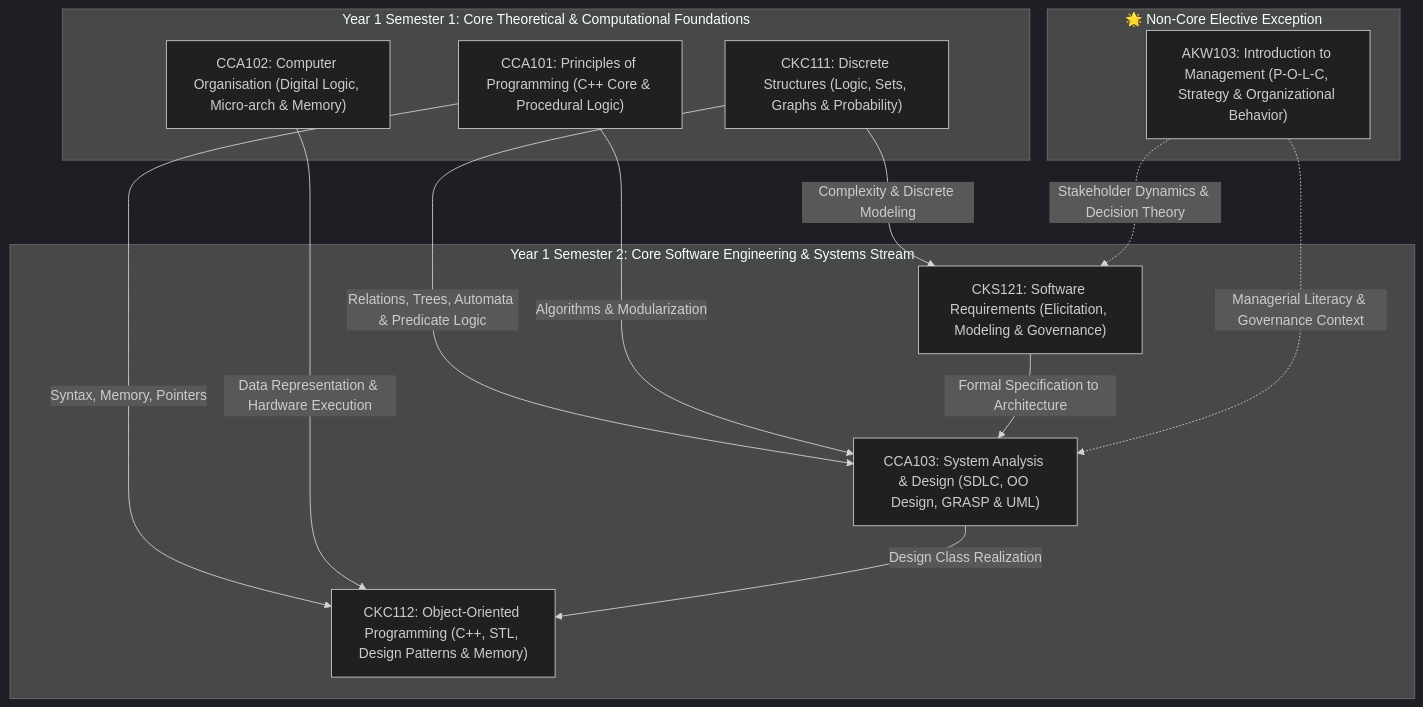
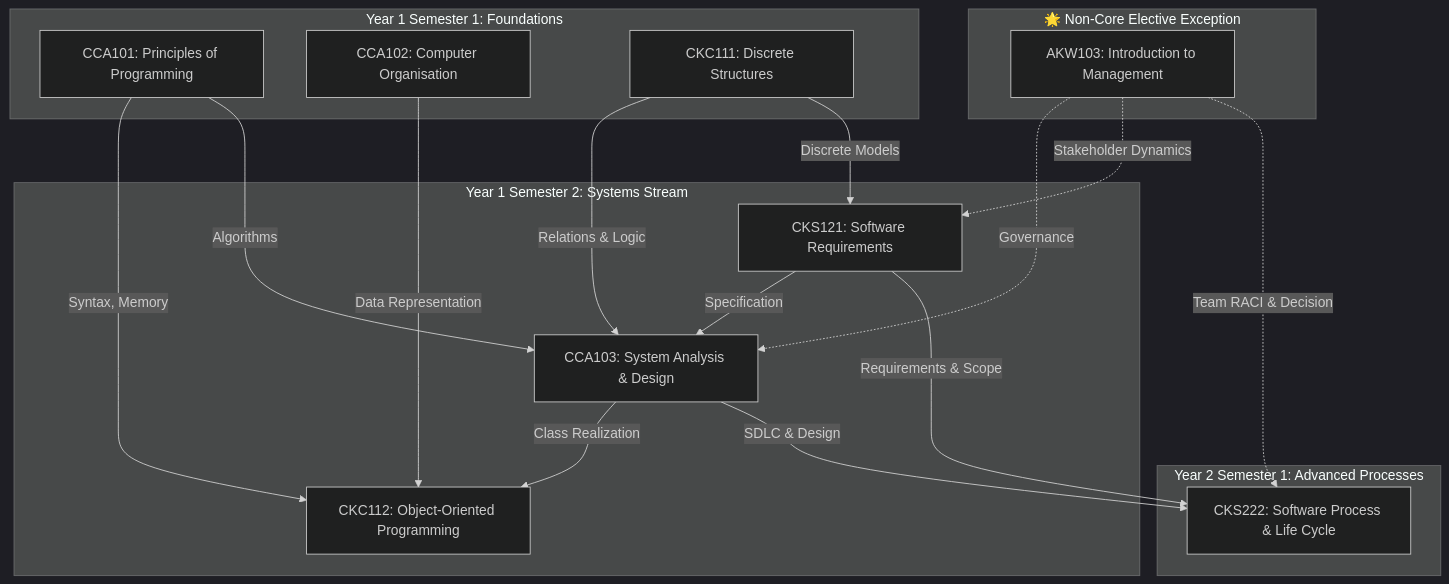
One commit to Fake1Doge/Obsidian-notes changed the first of 10 diagrams in knowledge.md. Above: the diagram before and after it, drawn with Mermaid (dark theme). The commit also changed other lines of this file and 5 other files, not shown here.

````diff
--- a/knowledge.md
+++ b/knowledge.md
@@ -41,28 +45,35 @@
 ```mermaid
 flowchart TD
-    subgraph Y1S1_Core ["Year 1 Semester 1: Core Theoretical & Computational Foundations"]
-        CCA101["CCA101: Principles of Programming (C++ Core & Procedural Logic)"]
-        CCA102["CCA102: Computer Organisation (Digital Logic, Micro-arch & Memory)"]
-        CKC111["CKC111: Discrete Structures (Logic, Sets, Graphs & Probability)"]
+    subgraph Y1S1_Core ["Year 1 Semester 1: Foundations"]
+        CCA101["CCA101: Principles of Programming"]
+        CCA102["CCA102: Computer Organisation"]
+        CKC111["CKC111: Discrete Structures"]
     end
 
-    subgraph Y1S2_Core ["Year 1 Semester 2: Core Software Engineering & Systems Stream"]
-        CKC112["CKC112: Object-Oriented Programming (C++, STL, Design Patterns & Memory)"]
-        CCA103["CCA103: System Analysis & Design (SDLC, OO Design, GRASP & UML)"]
-        CKS121["CKS121: Software Requirements (Elicitation, Modeling & Governance)"]
+    subgraph Y1S2_Core ["Year 1 Semester 2: Systems Stream"]
+        CKC112["CKC112: Object-Oriented Programming"]
+        CCA103["CCA103: System Analysis & Design"]
+        CKS121["CKS121: Software Requirements"]
+    end
+
+    subgraph Y2S1_Core ["Year 2 Semester 1: Advanced Processes"]
+        CKS222["CKS222: Software Process & Life Cycle"]
     end
 
     subgraph Elective_Exception ["🌟 Non-Core Elective Exception"]
-        AKW103["AKW103: Introduction to Management (P-O-L-C, Strategy & Organizational Behavior)"]
+        AKW103["AKW103: Introduction to Management"]
     end
 
-    CCA101 -->|Syntax, Memory, Pointers| CKC112
-    CCA102 -->|Data Representation & Hardware Execution| CKC112
-    CKC111 -->|Relations, Trees, Automata & Predicate Logic| CCA103
-    CKC111 -->|Complexity & Discrete Modeling| CKS121
-    CCA101 -->|Algorithms & Modularization| CCA103
-    CCA103 -->|Design Class Realization| CKC112
-    CKS121 -->|Formal Specification to Architecture| CCA103
-    AKW103 -.->|Managerial Literacy & Governance Context| CCA103
-    AKW103 -.->|Stakeholder Dynamics & Decision Theory| CKS121
+    CCA101 -->|Syntax, Memory| CKC112
+    CCA102 -->|Data Representation| CKC112
+    CKC111 -->|Relations & Logic| CCA103
+    CKC111 -->|Discrete Models| CKS121
+    CCA101 -->|Algorithms| CCA103
+    CCA103 -->|Class Realization| CKC112
+    CKS121 -->|Specification| CCA103
+    CKS121 -->|Requirements & Scope| CKS222
+    CCA103 -->|SDLC & Design| CKS222
+    AKW103 -.->|Governance| CCA103
+    AKW103 -.->|Stakeholder Dynamics| CKS121
+    AKW103 -.->|Team RACI & Decision| CKS222
 ```
````
